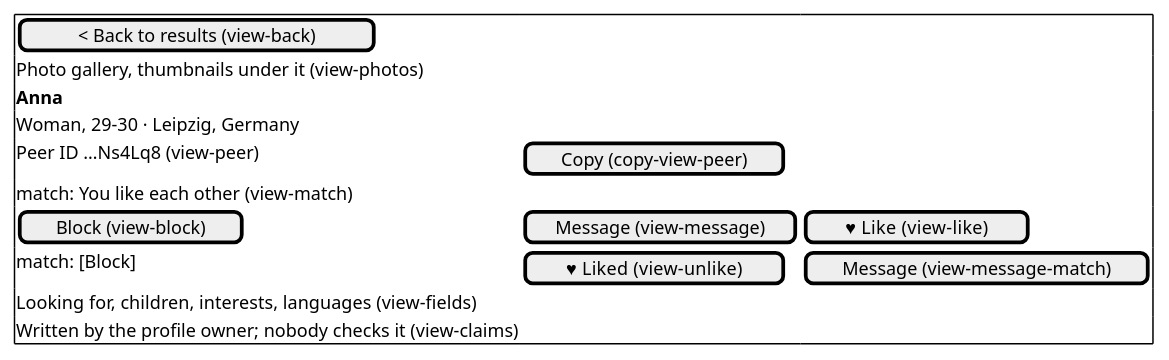
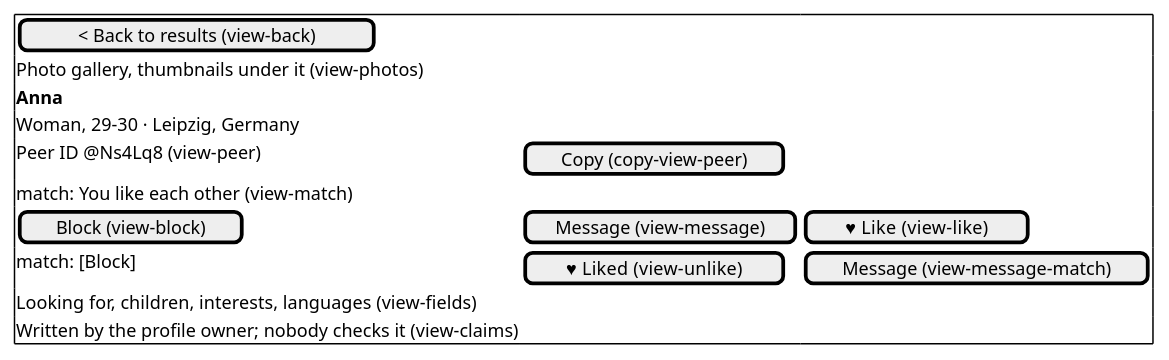
One commit to abbat/dyapp changed the tenth of 15 diagrams in docs/design/desktop-screens.md. Above: the diagram before and after it, drawn with PlantUML. The commit also changed other lines of this file and 2 other files, not shown here.

First line of the commit message:
Mark short Peer IDs with @ instead of an ellipsis

````diff
--- a/docs/design/desktop-screens.md
+++ b/docs/design/desktop-screens.md
@@ -191,16 +191,16 @@
 ```plantuml
 @startsalt
 {+
 [< Back to results (view-back)]
 Photo gallery, thumbnails under it (view-photos)
 <b>Anna
 Woman, 29–30 · Leipzig, Germany
-Peer ID …Ns4Lq8 (view-peer) | [Copy (copy-view-peer)]
+Peer ID @Ns4Lq8 (view-peer) | [Copy (copy-view-peer)]
 match: You like each other (view-match)
 [Block (view-block)] | [Message (view-message)] | [♥ Like (view-like)]
 match: [Block] | [♥ Liked (view-unlike)] | [Message (view-message-match)]
 Looking for, children, interests, languages (view-fields)
 Written by the profile owner; nobody checks it (view-claims)
 }
 @endsalt
 ```
````
